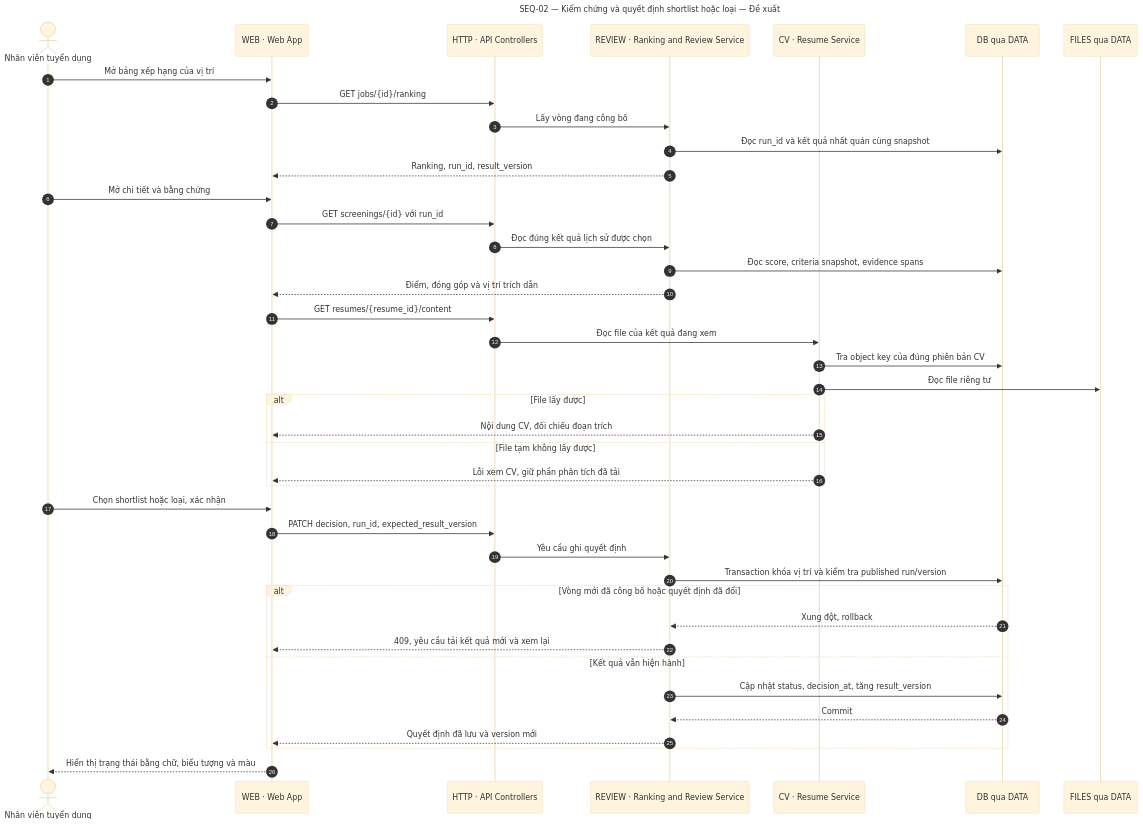
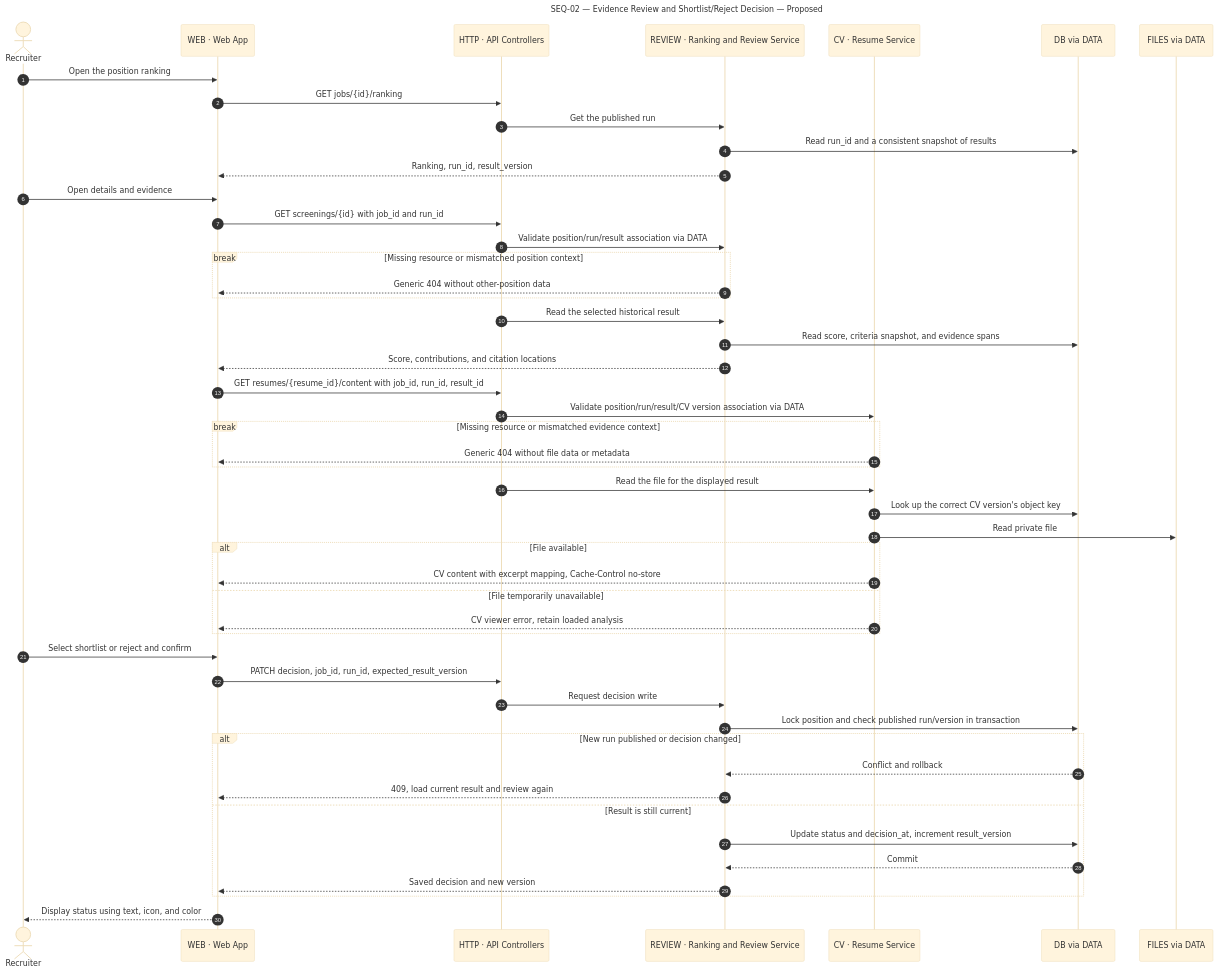
One commit to linkoc119/recruitment-assistant changed the diagram in docs/architecture/sequence-02-review.md. Above: the diagram before and after it, drawn with Mermaid (base theme). The commit also changed other lines of this file and 22 other files, not shown here.

````diff
--- a/docs/architecture/sequence-02-review.md
+++ b/docs/architecture/sequence-02-review.md
@@ -9,46 +9,54 @@
 ```mermaid
 ---
-title: "SEQ-02 — Kiểm chứng và quyết định shortlist hoặc loại — Đề xuất"
+title: "SEQ-02 — Evidence Review and Shortlist/Reject Decision — Proposed"
 ---
 sequenceDiagram
     autonumber
-    actor REC as Nhân viên tuyển dụng
+    actor REC as Recruiter
     participant WEB as WEB · Web App
     participant HTTP as HTTP · API Controllers
     participant REVIEW as REVIEW · Ranking and Review Service
     participant CV as CV · Resume Service
-    participant DB as DB qua DATA
-    participant FILES as FILES qua DATA
-    REC->>WEB: Mở bảng xếp hạng của vị trí
+    participant DB as DB via DATA
+    participant FILES as FILES via DATA
+    REC->>WEB: Open the position ranking
     WEB->>HTTP: GET jobs/{id}/ranking
-    HTTP->>REVIEW: Lấy vòng đang công bố
-    REVIEW->>DB: Đọc run_id và kết quả nhất quán cùng snapshot
+    HTTP->>REVIEW: Get the published run
+    REVIEW->>DB: Read run_id and a consistent snapshot of results
     REVIEW-->>WEB: Ranking, run_id, result_version
-    REC->>WEB: Mở chi tiết và bằng chứng
-    WEB->>HTTP: GET screenings/{id} với run_id
-    HTTP->>REVIEW: Đọc đúng kết quả lịch sử được chọn
-    REVIEW->>DB: Đọc score, criteria snapshot, evidence spans
-    REVIEW-->>WEB: Điểm, đóng góp và vị trí trích dẫn
-    WEB->>HTTP: GET resumes/{resume_id}/content
-    HTTP->>CV: Đọc file của kết quả đang xem
-    CV->>DB: Tra object key của đúng phiên bản CV
-    CV->>FILES: Đọc file riêng tư
-    alt File lấy được
-        CV-->>WEB: Nội dung CV, đối chiếu đoạn trích
-    else File tạm không lấy được
-        CV-->>WEB: Lỗi xem CV, giữ phần phân tích đã tải
+    REC->>WEB: Open details and evidence
+    WEB->>HTTP: GET screenings/{id} with job_id and run_id
+    HTTP->>REVIEW: Validate position/run/result association via DATA
+    break Missing resource or mismatched position context
+        REVIEW-->>WEB: Generic 404 without other-position data
     end
-    REC->>WEB: Chọn shortlist hoặc loại, xác nhận
-    WEB->>HTTP: PATCH decision, run_id, expected_result_version
-    HTTP->>REVIEW: Yêu cầu ghi quyết định
-    REVIEW->>DB: Transaction khóa vị trí và kiểm tra published run/version
-    alt Vòng mới đã công bố hoặc quyết định đã đổi
-        DB-->>REVIEW: Xung đột, rollback
-        REVIEW-->>WEB: 409, yêu cầu tải kết quả mới và xem lại
-    else Kết quả vẫn hiện hành
-        REVIEW->>DB: Cập nhật status, decision_at, tăng result_version
+    HTTP->>REVIEW: Read the selected historical result
+    REVIEW->>DB: Read score, criteria snapshot, and evidence spans
+    REVIEW-->>WEB: Score, contributions, and citation locations
+    WEB->>HTTP: GET resumes/{resume_id}/content with job_id, run_id, result_id
+    HTTP->>CV: Validate position/run/result/CV version association via DATA
+    break Missing resource or mismatched evidence context
+        CV-->>WEB: Generic 404 without file data or metadata
+    end
+    HTTP->>CV: Read the file for the displayed result
+    CV->>DB: Look up the correct CV version's object key
+    CV->>FILES: Read private file
+    alt File available
+        CV-->>WEB: CV content with excerpt mapping, Cache-Control no-store
+    else File temporarily unavailable
+        CV-->>WEB: CV viewer error, retain loaded analysis
+    end
+    REC->>WEB: Select shortlist or reject and confirm
+    WEB->>HTTP: PATCH decision, job_id, run_id, expected_result_version
+    HTTP->>REVIEW: Request decision write
+    REVIEW->>DB: Lock position and check published run/version in transaction
+    alt New run published or decision changed
+        DB-->>REVIEW: Conflict and rollback
+        REVIEW-->>WEB: 409, load current result and review again
+    else Result is still current
+        REVIEW->>DB: Update status and decision_at, increment result_version
         DB-->>REVIEW: Commit
-        REVIEW-->>WEB: Quyết định đã lưu và version mới
+        REVIEW-->>WEB: Saved decision and new version
     end
-    WEB-->>REC: Hiển thị trạng thái bằng chữ, biểu tượng và màu
+    WEB-->>REC: Display status using text, icon, and color
 ```
````
